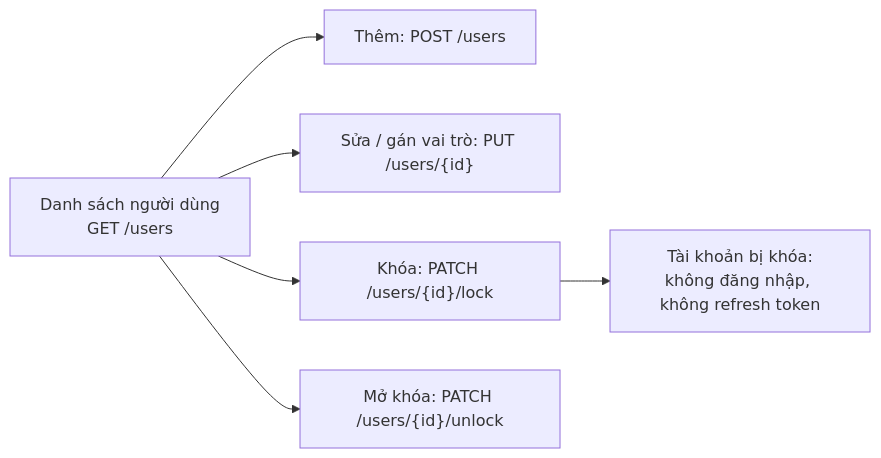
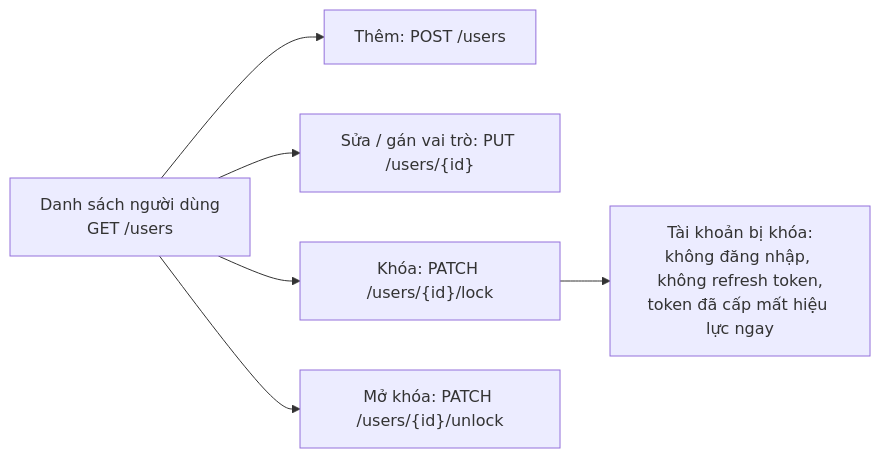
Diagram 13 of 16 in LUONG_HOAT_DONG.md (dinhson-11/MyPhatHospital), drawn with Mermaid before and after one commit. The commit also changed other lines of this file and 134 other files, not shown here.

````diff
--- a/LUONG_HOAT_DONG.md
+++ b/LUONG_HOAT_DONG.md
@@ -386,8 +390,8 @@
 ```mermaid
 flowchart LR
     A["Danh sách người dùng<br/>GET /users"] --> B["Thêm: POST /users"]
     A --> C["Sửa / gán vai trò: PUT /users/{id}"]
     A --> D["Khóa: PATCH /users/{id}/lock"]
-    D --> E["Tài khoản bị khóa:<br/>không đăng nhập, không refresh token"]
+    D --> E["Tài khoản bị khóa:<br/>không đăng nhập, không refresh token,<br/>token đã cấp mất hiệu lực ngay"]
     A --> F["Mở khóa: PATCH /users/{id}/unlock"]
 ```
````
